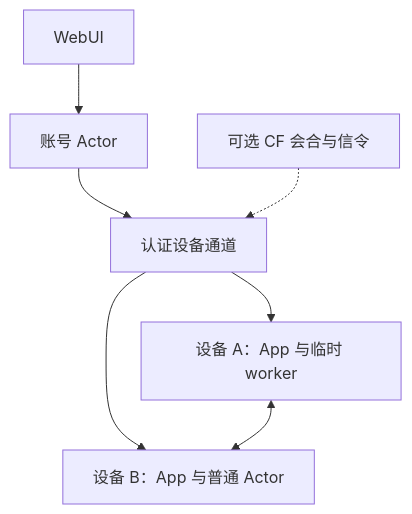
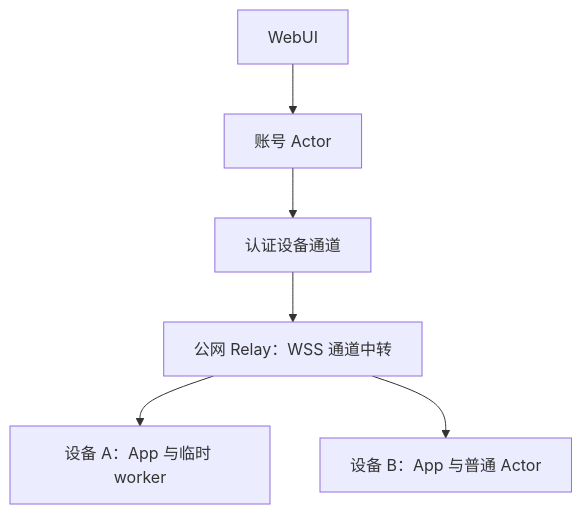
The diagram in docs/architecture.md (shadow3aaa/DaatLocus), drawn with Mermaid before and after one commit. The commit also changed other lines of this file and 64 other files, not shown here.

````diff
--- a/docs/architecture.md
+++ b/docs/architecture.md
@@ -729,9 +709,8 @@
 ```mermaid
 flowchart TB
     UI[WebUI] --> Core[账号 Actor]
     Core --> Devices[认证设备通道]
-    Devices --> A[设备 A：App 与临时 worker]
-    Devices --> B[设备 B：App 与普通 Actor]
-    A <--> B
-    Relay[可选 CF 会合与信令] -.-> Devices
+    Devices --> Relay[公网 Relay：WSS 通道中转]
+    Relay --> A[设备 A：App 与临时 worker]
+    Relay --> B[设备 B：App 与普通 Actor]
 ```
````
